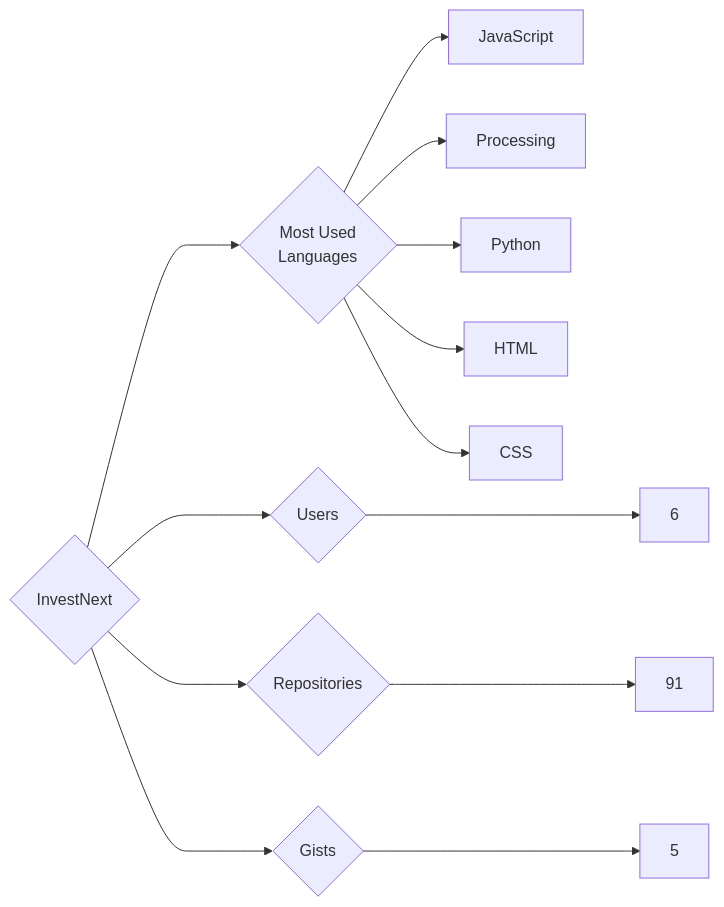
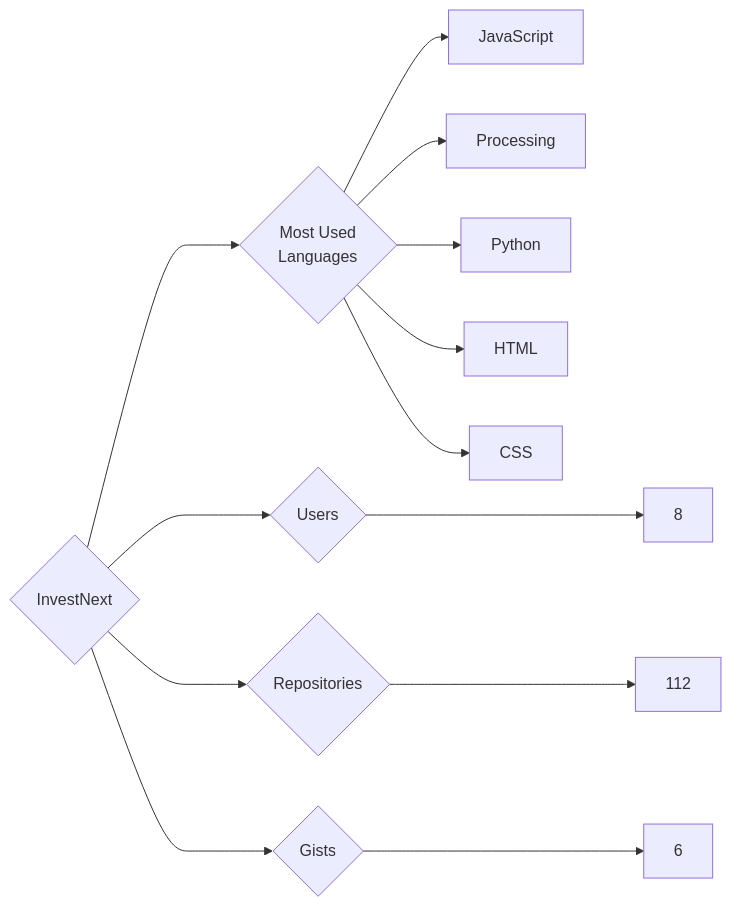
Before and after one commit to trickest/insiders: the diagram in targets/InvestNext/README.md, drawn with Mermaid. The commit also changed 942 other files, not shown here.

````diff
--- a/targets/InvestNext/README.md
+++ b/targets/InvestNext/README.md
@@ -3,13 +3,13 @@
 ```mermaid
 graph LR
 COMPANY_NAME{InvestNext}
-COMPANY_NAME ---> U{Users} ---> UN[6]
-COMPANY_NAME ---> R{Repositories} ---> RN[91]
-COMPANY_NAME ---> G{Gists} ---> GN[5]
+COMPANY_NAME ---> U{Users} ---> UN[8]
+COMPANY_NAME ---> R{Repositories} ---> RN[112]
+COMPANY_NAME ---> G{Gists} ---> GN[6]
 COMPANY_NAME ---> ML{Most Used<br>Languages}
 ML --> JavaScript[JavaScript]
 ML --> Processing[Processing]
 ML --> Python[Python]
 ML --> HTML[HTML]
 ML --> CSS[CSS]
 ```
````
